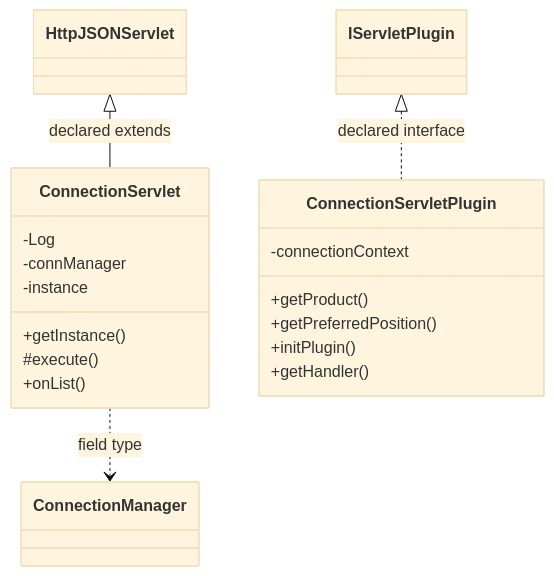
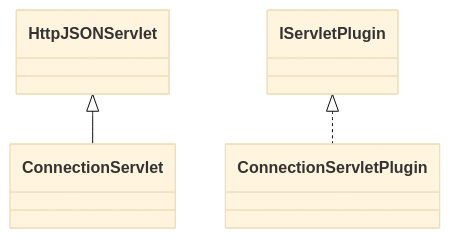
Before and after one commit to haruperi/HaruQuantAI: the diagram in docs/sqx/Shared/ServletConnection.md, drawn with Mermaid (base theme). The commit also changed other lines of this file and 1688 other files, not shown here.

````diff
--- a/docs/sqx/Shared/ServletConnection.md
+++ b/docs/sqx/Shared/ServletConnection.md
@@ -30,24 +26,9 @@
 ```mermaid
 classDiagram
-    class C40950a50aaa4["ConnectionServlet"] {
-        -Log
-        -connManager
-        -instance
-        +getInstance()
-        #execute()
-        +onList()
-    }
-    class C42eec2186297["ConnectionServletPlugin"] {
-        -connectionContext
-        +getProduct()
-        +getPreferredPosition()
-        +initPlugin()
-        +getHandler()
-    }
-    class C001b68001ef7["ConnectionManager"]
-    class C249b5c671b1a["IServletPlugin"]
-    class C8900f90ae594["HttpJSONServlet"]
-    C8900f90ae594 <|-- C40950a50aaa4 : declared extends
-    C40950a50aaa4 ..> C001b68001ef7 : field type
-    C249b5c671b1a <|.. C42eec2186297 : declared interface
+    class C0["ConnectionServlet"]
+    class C1["ConnectionServletPlugin"]
+    class E0["HttpJSONServlet"]
+    E0 <|-- C0
+    class E1["IServletPlugin"]
+    E1 <|.. C1
 ```
````
